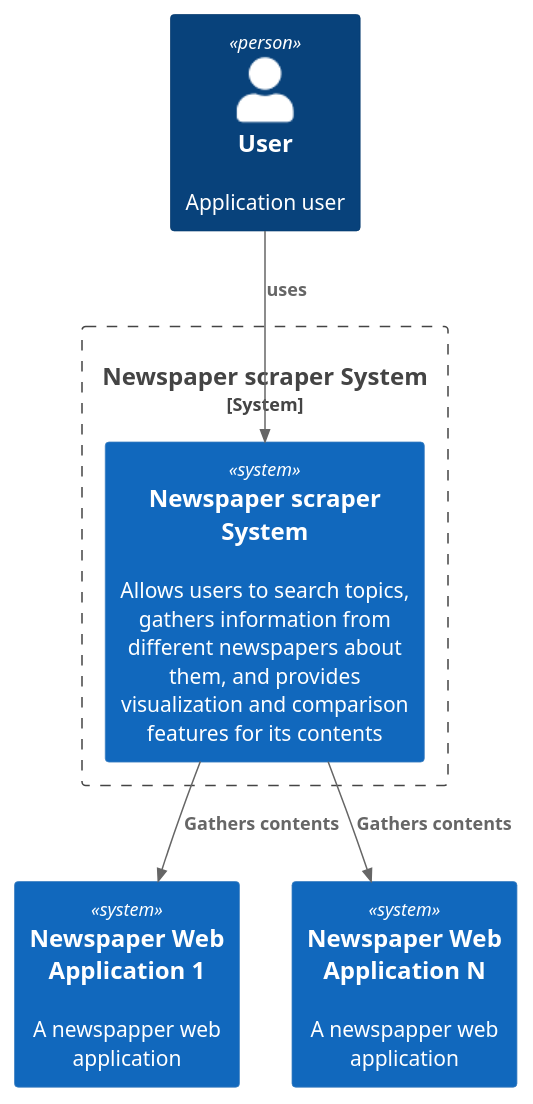
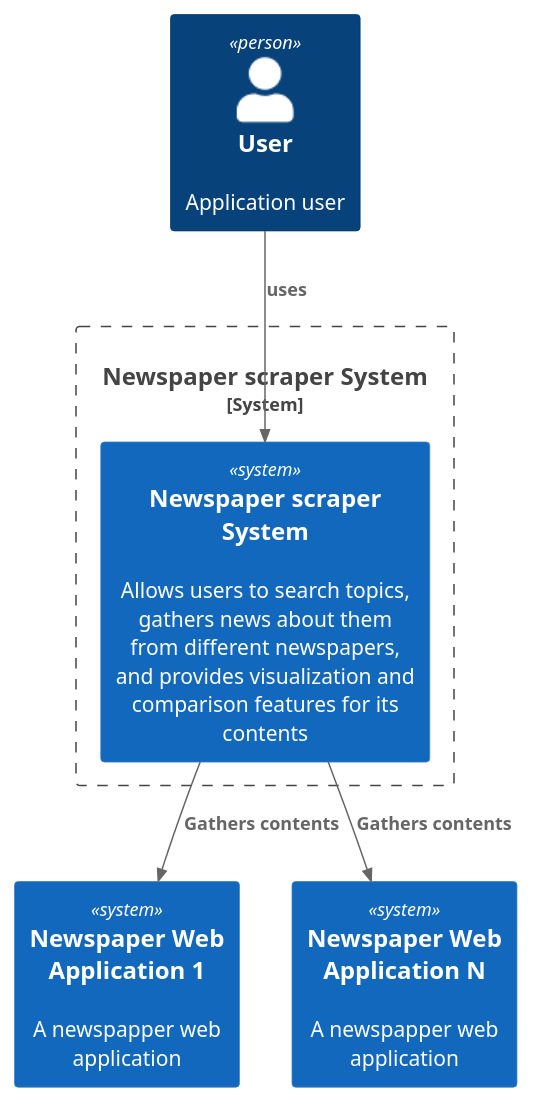
Before and after one commit to afsanchez1/contrast_app: the diagram in docs/diagrams/src/system_context.puml, drawn with PlantUML. The commit also changed 1 other file, not shown here.

Commit message:
minor diagram updates

```diff
--- a/docs/diagrams/src/system_context.puml
+++ b/docs/diagrams/src/system_context.puml
@@ -1,16 +1,16 @@
 @startuml system_context
 !include <C4/C4_Container>
 
 Person(User, "User", "Application user")
 System_Boundary(SysBound, "Newspaper scraper System") {
-  System(WebApp, "Newspaper scraper System", "Allows users to search topics, gathers information from different newspapers about them, and provides visualization and comparison features for its contents")
+  System(WebApp, "Newspaper scraper System", "Allows users to search topics, gathers news about them from different newspapers, and provides visualization and comparison features for its contents")
 
 }
 System(NewsWebApp1, "Newspaper Web Application 1", "A newspapper web application")
 System(NewsWebApp2, "Newspaper Web Application N", "A newspapper web application")
 
 Rel(User, WebApp, "uses")
 Rel(WebApp, NewsWebApp1, "Gathers contents")
 Rel(WebApp, NewsWebApp2, "Gathers contents")
 
 @enduml
```
